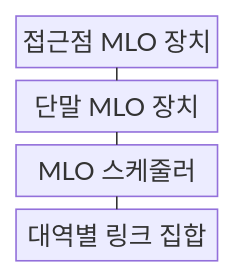
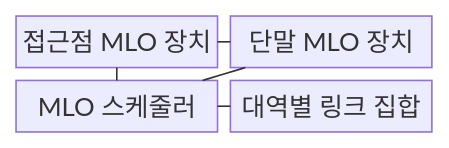
The first of 2 diagrams in src/content/docs/notes/04-network/033_wi_fi_7.md (agnusdei1207/knowledge-base), drawn with Mermaid before and after one commit. The commit also changed other lines of this file and 20 other files, not shown here.

````diff
--- a/src/content/docs/notes/04-network/033_wi_fi_7.md
+++ b/src/content/docs/notes/04-network/033_wi_fi_7.md
@@ -52,11 +57,12 @@
 ```mermaid
-block-beta
-    columns 1
+block
+    columns 2
     A["접근점 MLO 장치"]
     B["단말 MLO 장치"]
     C["MLO 스케줄러"]
     D["대역별 링크 집합"]
     A --- B
+    A --- C
     B --- C
     C --- D
 ```
````
